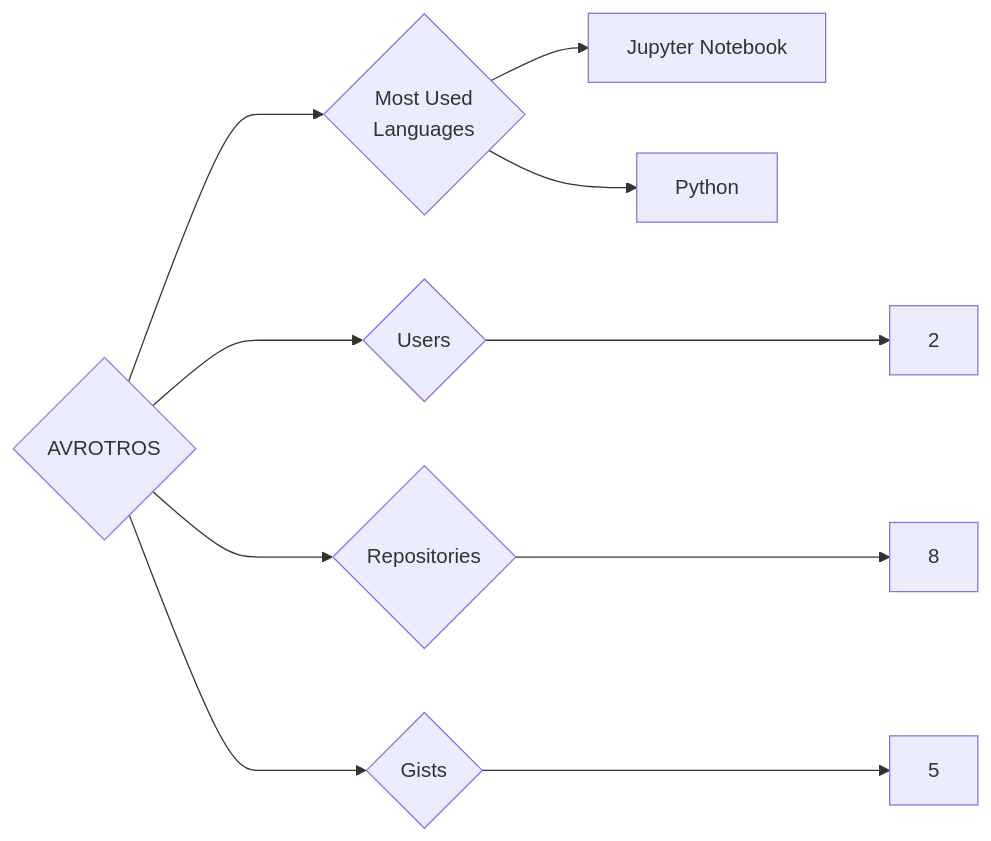
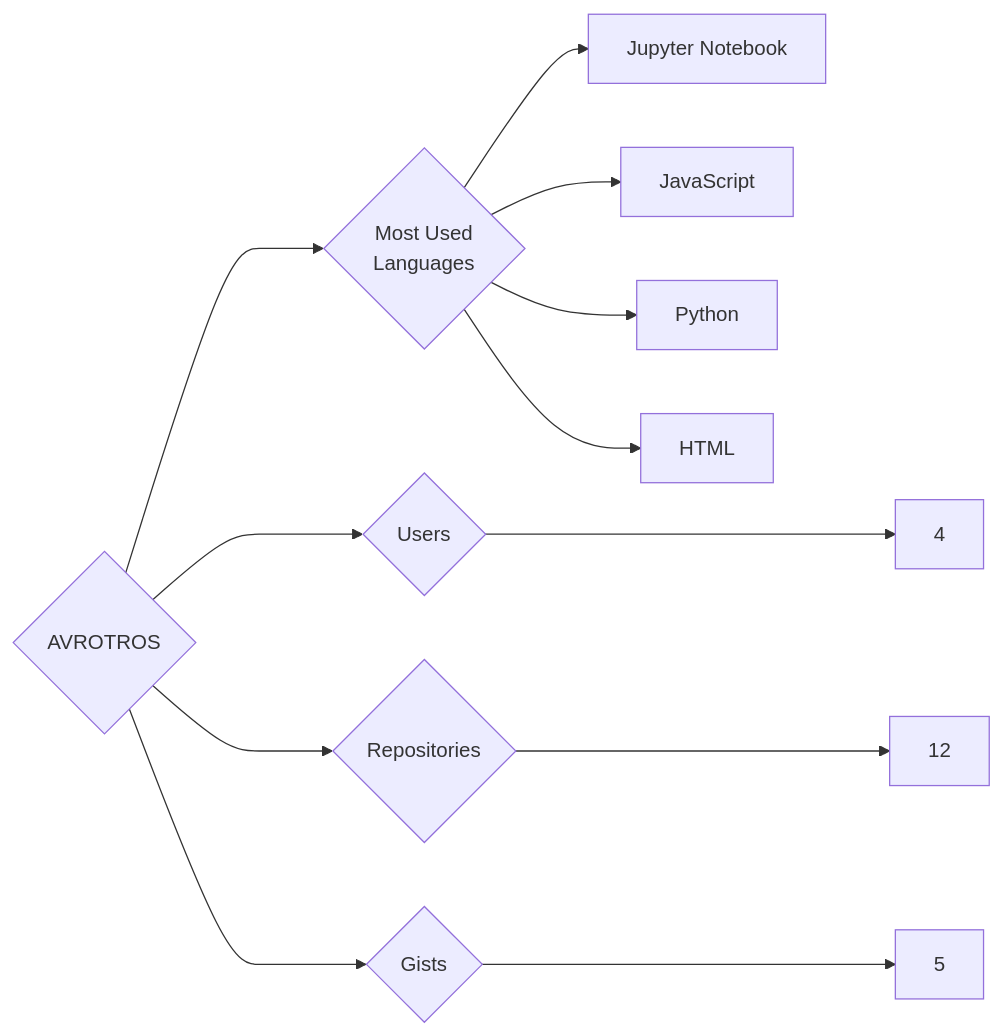
The diagram in targets/AVROTROS/README.md (trickest/insiders), drawn with Mermaid before and after one commit. The commit also changed 1084 other files, not shown here.

````diff
--- a/targets/AVROTROS/README.md
+++ b/targets/AVROTROS/README.md
@@ -3,10 +3,12 @@
 ```mermaid
 graph LR
 COMPANY_NAME{AVROTROS}
-COMPANY_NAME ---> U{Users} ---> UN[2]
-COMPANY_NAME ---> R{Repositories} ---> RN[8]
+COMPANY_NAME ---> U{Users} ---> UN[4]
+COMPANY_NAME ---> R{Repositories} ---> RN[12]
 COMPANY_NAME ---> G{Gists} ---> GN[5]
 COMPANY_NAME ---> ML{Most Used<br>Languages}
 ML --> Jupyter_Notebook[Jupyter Notebook]
+ML --> JavaScript[JavaScript]
 ML --> Python[Python]
+ML --> HTML[HTML]
 ```
````
